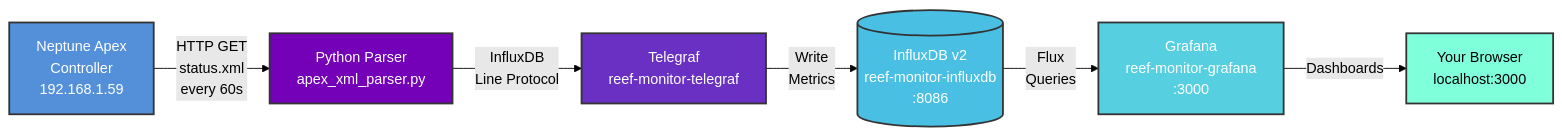
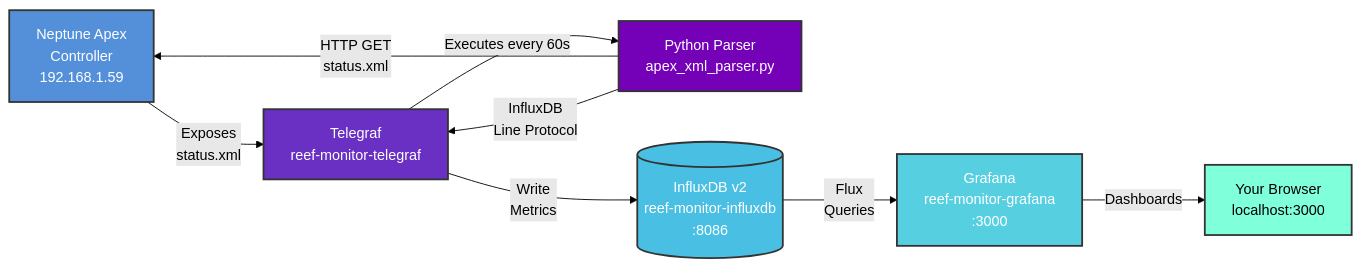
One commit to austin-mackprang/reef-monitor changed the diagram in README.md. Above: the diagram before and after it, drawn with Mermaid (forest theme). The commit also changed other lines of this file, not shown here.

````diff
--- a/README.md
+++ b/README.md
@@ -95,15 +111,17 @@
 ```mermaid
 graph LR
-    A[Neptune Apex<br/>Controller<br/>192.168.1.59] -->|HTTP GET<br/>status.xml<br/>every 60s| B[Python Parser<br/>apex_xml_parser.py]
-    B -->|InfluxDB<br/>Line Protocol| C[Telegraf<br/>reef-monitor-telegraf]
-    C -->|Write<br/>Metrics| D[(InfluxDB v2<br/>reef-monitor-influxdb<br/>:8086)]
+    A[Neptune Apex<br/>Controller<br/>192.168.1.59] -->|Exposes<br/>status.xml| B[Telegraf<br/>reef-monitor-telegraf]
+    B -->|Executes every 60s| C[Python Parser<br/>apex_xml_parser.py]
+    C -->|HTTP GET<br/>status.xml| A
+    C -->|InfluxDB<br/>Line Protocol| B
+    B -->|Write<br/>Metrics| D[(InfluxDB v2<br/>reef-monitor-influxdb<br/>:8086)]
     D -->|Flux<br/>Queries| E[Grafana<br/>reef-monitor-grafana<br/>:3000]
     E -->|Dashboards| F[Your Browser<br/>localhost:3000]
 
     style A fill:#5390d9,stroke:#333,stroke-width:2px,color:#fff
-    style B fill:#7400b8,stroke:#333,stroke-width:2px,color:#fff
-    style C fill:#6930c3,stroke:#333,stroke-width:2px,color:#fff
+    style B fill:#6930c3,stroke:#333,stroke-width:2px,color:#fff
+    style C fill:#7400b8,stroke:#333,stroke-width:2px,color:#fff
     style D fill:#48bfe3,stroke:#333,stroke-width:2px,color:#fff
     style E fill:#56cfe1,stroke:#333,stroke-width:2px,color:#fff
     style F fill:#80ffdb,stroke:#333,stroke-width:2px,color:#000
 ```
````
